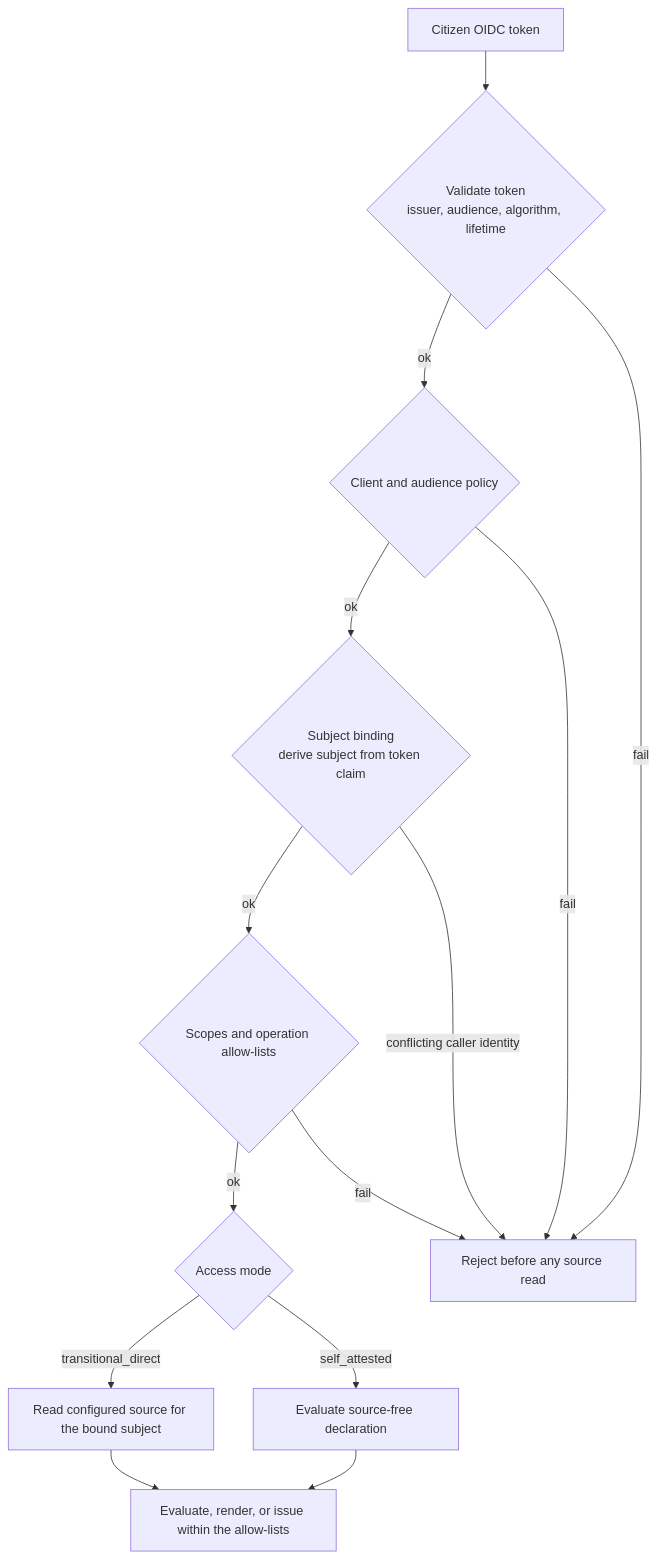
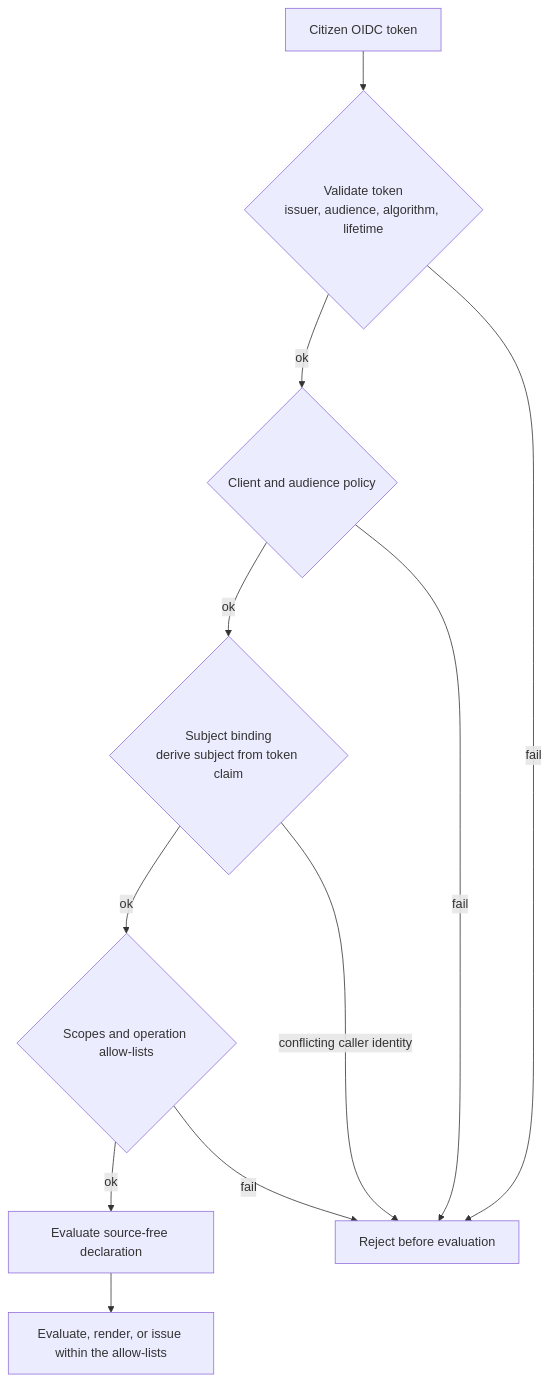
One commit to registrystack/registry-stack changed the diagram in products/notary/docs/self-attestation-operator-guide.md. Above: the diagram before and after it, drawn with Mermaid. The commit also changed other lines of this file and 73 other files, not shown here.

Commit message:
refactor(notary): retire direct-source product surfaces

````diff
--- a/products/notary/docs/self-attestation-operator-guide.md
+++ b/products/notary/docs/self-attestation-operator-guide.md
@@ -32,16 +27,14 @@
 ```mermaid
 flowchart TD
   Tok["Citizen OIDC token"] --> V{"Validate token<br/>issuer, audience, algorithm, lifetime"}
   V -- "ok" --> C{"Client and audience policy"}
   C -- "ok" --> S{"Subject binding<br/>derive subject from token claim"}
   S -- "ok" --> Sc{"Scopes and operation allow-lists"}
-  Sc -- "ok" --> M{"Access mode"}
-  M -- "transitional_direct" --> Read["Read configured source for the bound subject"]
-  M -- "self_attested" --> SourceFree["Evaluate source-free declaration"]
-  Read --> Op["Evaluate, render, or issue within the allow-lists"]
+  Sc -- "ok" --> SourceFree["Evaluate source-free declaration"]
   SourceFree --> Op
-  V -- "fail" --> X["Reject before any source read"]
+  Op["Evaluate, render, or issue within the allow-lists"]
+  V -- "fail" --> X["Reject before evaluation"]
   C -- "fail" --> X
   S -- "conflicting caller identity" --> X
   Sc -- "fail" --> X
 ```
````
